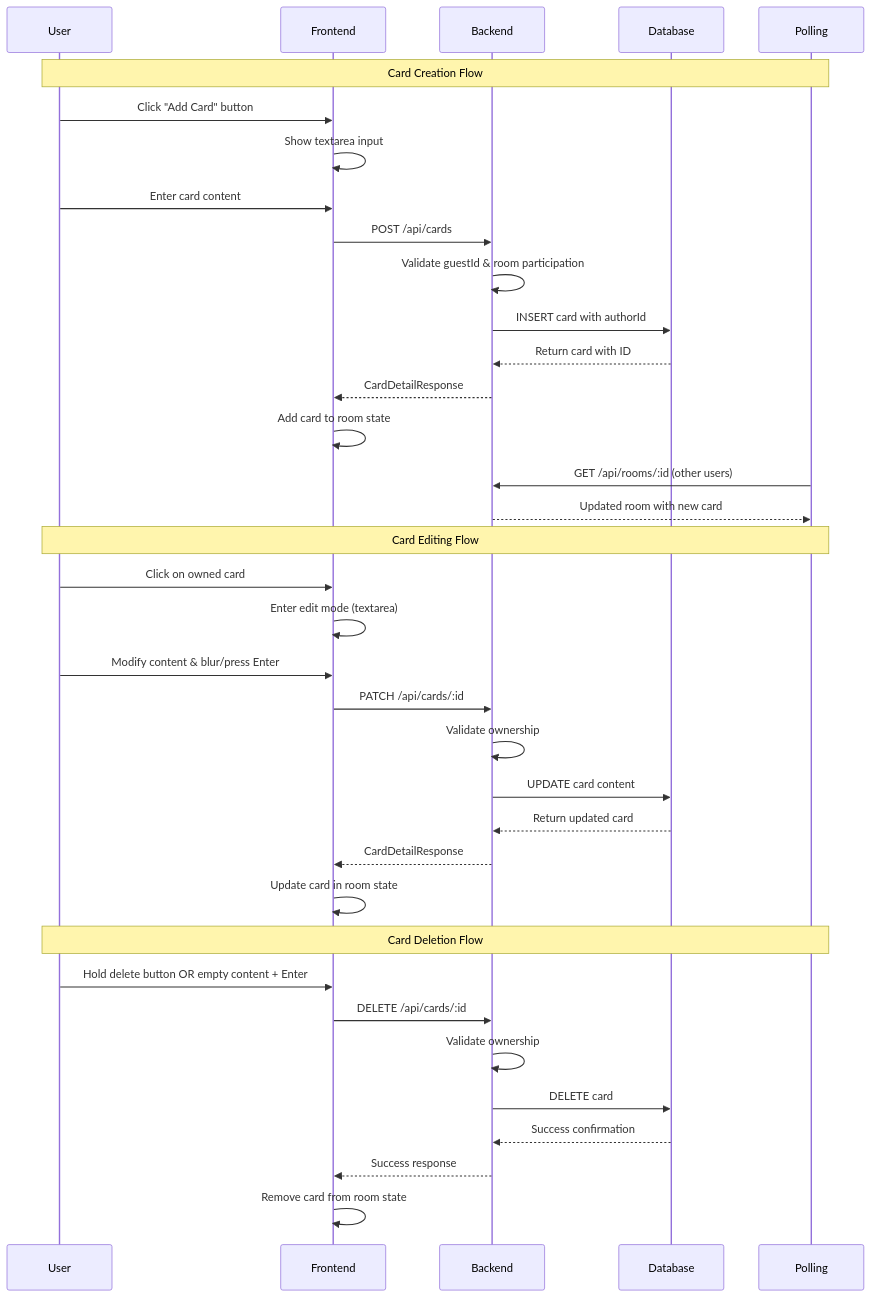
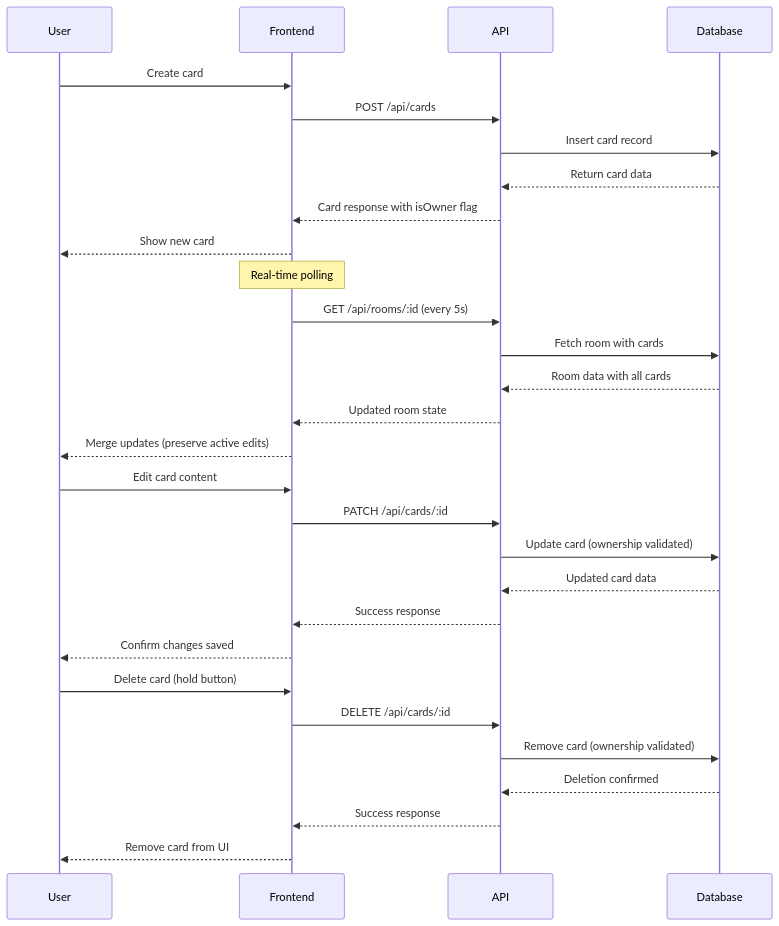
Before and after one commit to WarVDine/yet-another-retro-tool: the diagram in docs/03-card-crud.md, drawn with Mermaid. The commit also changed other lines of this file and 4 other files, not shown here.

````diff
--- a/docs/03-card-crud.md
+++ b/docs/03-card-crud.md
@@ -9,41 +9,35 @@
 ```mermaid
 sequenceDiagram
     participant User
     participant Frontend
-    participant Backend
+    participant API
     participant Database
-    participant Polling
     
-    Note over User,Polling: Card Creation Flow
-    User->>Frontend: Click "Add Card" button
-    Frontend->>Frontend: Show textarea input
-    User->>Frontend: Enter card content
-    Frontend->>Backend: POST /api/cards
-    Backend->>Backend: Validate guestId & room participation
-    Backend->>Database: INSERT card with authorId
-    Database-->>Backend: Return card with ID
-    Backend-->>Frontend: CardDetailResponse
-    Frontend->>Frontend: Add card to room state
-    Polling->>Backend: GET /api/rooms/:id (other users)
-    Backend-->>Polling: Updated room with new card
+    User->>Frontend: Create card
+    Frontend->>API: POST /api/cards
+    API->>Database: Insert card record
+    Database-->>API: Return card data
+    API-->>Frontend: Card response with isOwner flag
+    Frontend-->>User: Show new card
     
-    Note over User,Polling: Card Editing Flow
-    User->>Frontend: Click on owned card
-    Frontend->>Frontend: Enter edit mode (textarea)
-    User->>Frontend: Modify content & blur/press Enter
-    Frontend->>Backend: PATCH /api/cards/:id
-    Backend->>Backend: Validate ownership
-    Backend->>Database: UPDATE card content
-    Database-->>Backend: Return updated card
-    Backend-->>Frontend: CardDetailResponse
-    Frontend->>Frontend: Update card in room state
+    Note over Frontend: Real-time polling
+    Frontend->>API: GET /api/rooms/:id (every 5s)
+    API->>Database: Fetch room with cards
+    Database-->>API: Room data with all cards
+    API-->>Frontend: Updated room state
+    Frontend-->>User: Merge updates (preserve active edits)
     
-    Note over User,Polling: Card Deletion Flow
-    User->>Frontend: Hold delete button OR empty content + Enter
-    Frontend->>Backend: DELETE /api/cards/:id
-    Backend->>Backend: Validate ownership
-    Backend->>Database: DELETE card
-    Database-->>Backend: Success confirmation
-    Backend-->>Frontend: Success response
-    Frontend->>Frontend: Remove card from room state
+    User->>Frontend: Edit card content
+    Frontend->>API: PATCH /api/cards/:id
+    API->>Database: Update card (ownership validated)
+    Database-->>API: Updated card data
+    API-->>Frontend: Success response
+    Frontend-->>User: Confirm changes saved
+    
+    User->>Frontend: Delete card (hold button)
+    Frontend->>API: DELETE /api/cards/:id
+    API->>Database: Remove card (ownership validated)
+    Database-->>API: Deletion confirmed
+    API-->>Frontend: Success response
+    Frontend-->>User: Remove card from UI
 ```
````
